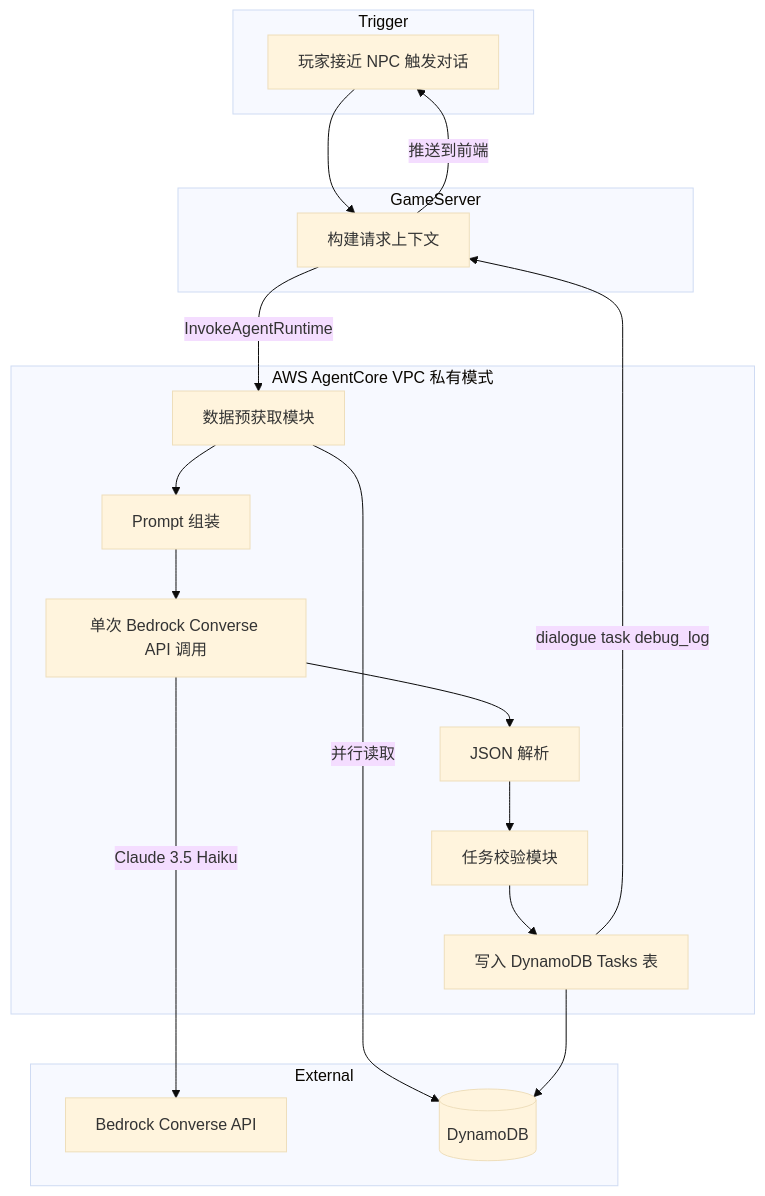
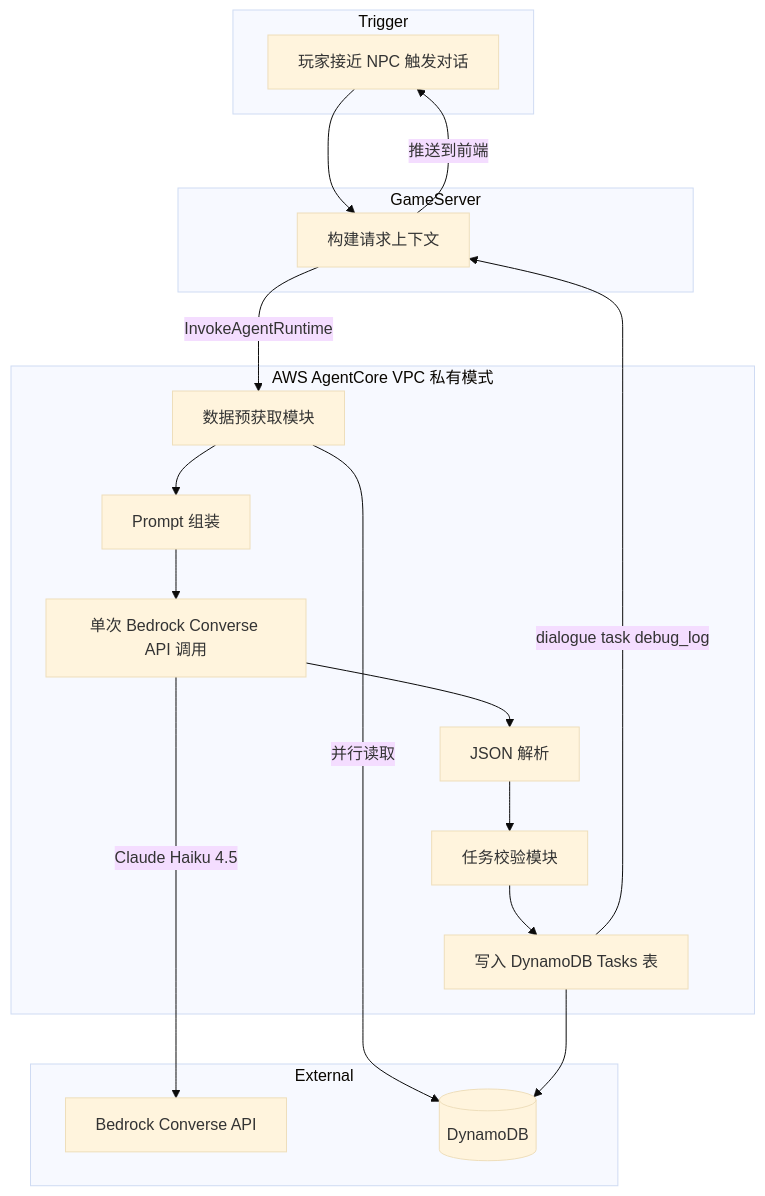
One commit to malphi/game-demo changed the fifth of 10 diagrams in design.md. Above: the diagram before and after it, drawn with Mermaid (base theme). The commit also changed other lines of this file and 6 other files, not shown here.

````diff
--- a/design.md
+++ b/design.md
@@ -533,33 +550,33 @@
 ```mermaid
 graph TB
     subgraph Trigger
         T1[玩家接近 NPC 触发对话]
     end
 
     subgraph GameServer
         GS[构建请求上下文]
     end
 
     subgraph AgentCore [AWS AgentCore VPC 私有模式]
         PREFETCH[数据预获取模块]
         BUILD[Prompt 组装]
         LLM_CALL[单次 Bedrock Converse API 调用]
         PARSE[JSON 解析]
         VALID[任务校验模块]
         WRITE[写入 DynamoDB Tasks 表]
         PREFETCH --> BUILD --> LLM_CALL --> PARSE --> VALID --> WRITE
     end
 
     subgraph External
         BR[Bedrock Converse API]
         DDB[(DynamoDB)]
     end
 
     T1 --> GS
     GS -->|InvokeAgentRuntime| PREFETCH
     PREFETCH -->|并行读取| DDB
-    LLM_CALL -->|Claude 3.5 Haiku| BR
+    LLM_CALL -->|Claude Haiku 4.5| BR
     WRITE --> DDB
     WRITE -->|dialogue task debug_log| GS
     GS -->|推送到前端| T1
 ```
````
